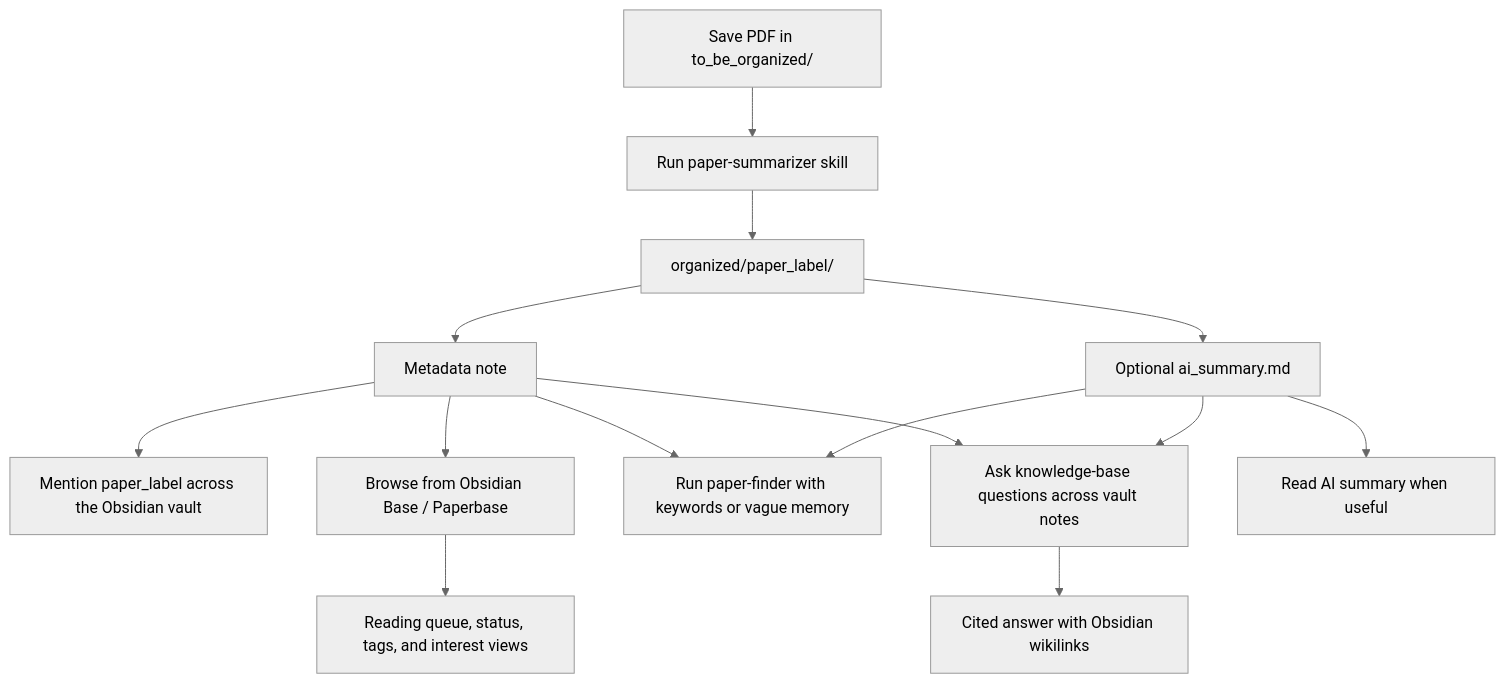
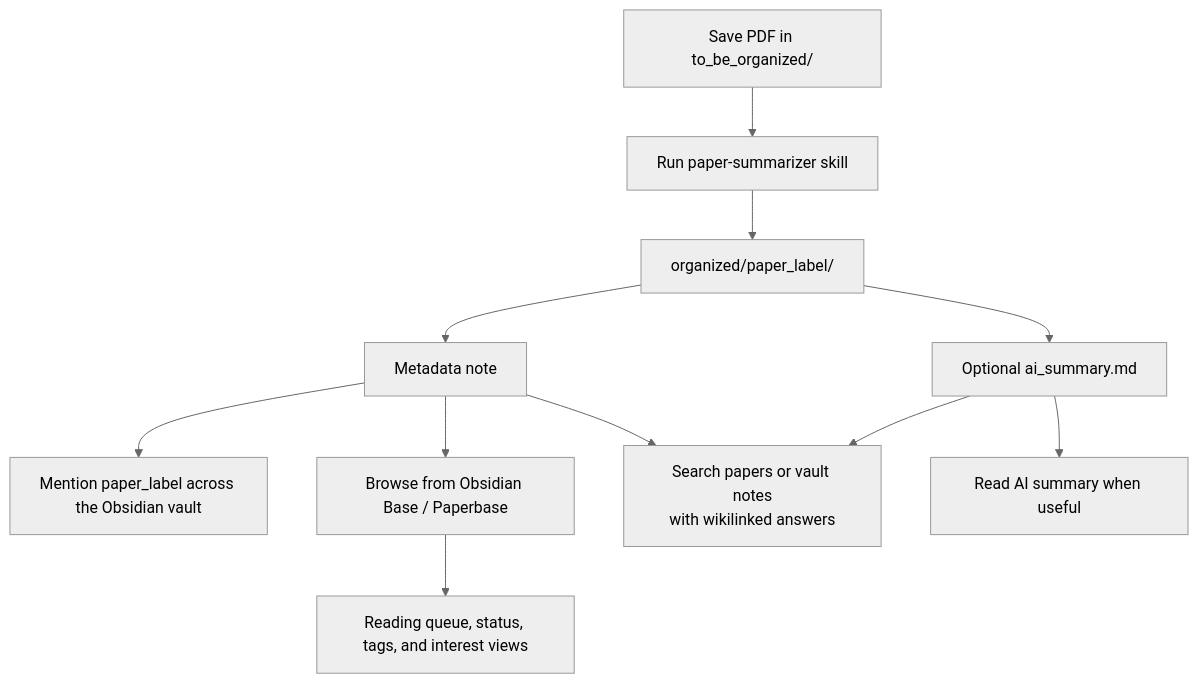
The diagram in README.md (howieeeeeeeeee/paper-management-system), drawn with Mermaid (neutral theme) before and after one commit.

Commit message:
docs(readme): simplify overview diagram

````diff
--- a/README.md
+++ b/README.md
@@ -12,16 +12,13 @@
 ```mermaid
 flowchart TD
     A[Save PDF in to_be_organized/] --> B[Run paper-summarizer skill]
     B --> C[organized/paper_label/]
     C --> D[Metadata note]
     C --> E[Optional ai_summary.md]
     D --> F[Mention paper_label across the Obsidian vault]
     D --> H[Browse from Obsidian Base / Paperbase]
     H --> I[Reading queue, status, tags, and interest views]
-    D --> J[Run paper-finder with keywords or vague memory]
+    D --> J[Search papers or vault notes<br/>with wikilinked answers]
     E --> J
-    D --> K[Ask knowledge-base questions across vault notes]
-    E --> K
-    K --> L[Cited answer with Obsidian wikilinks]
     E --> G[Read AI summary when useful]
 ```
````
